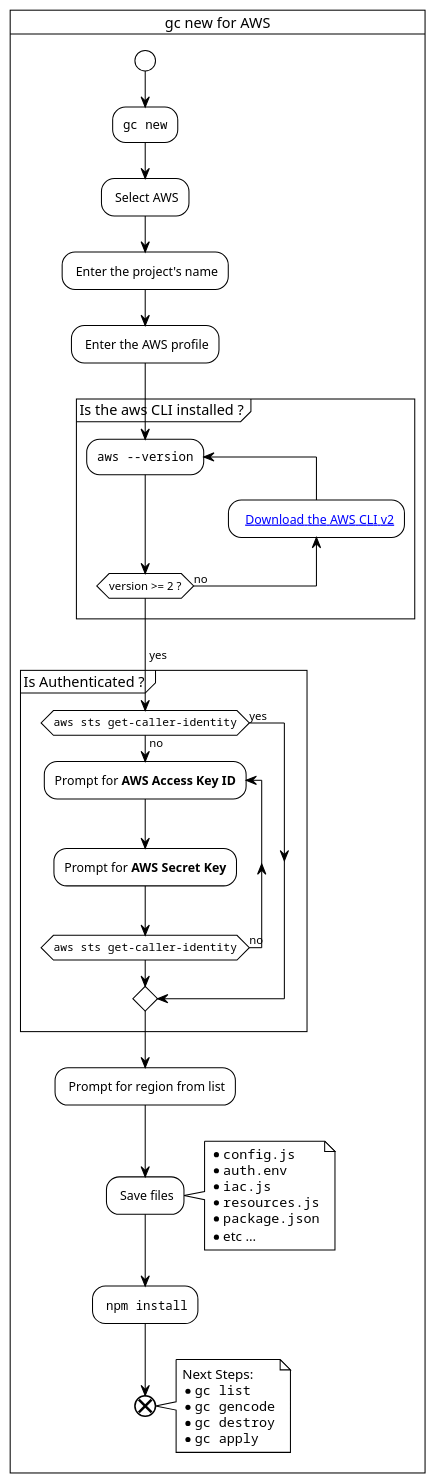
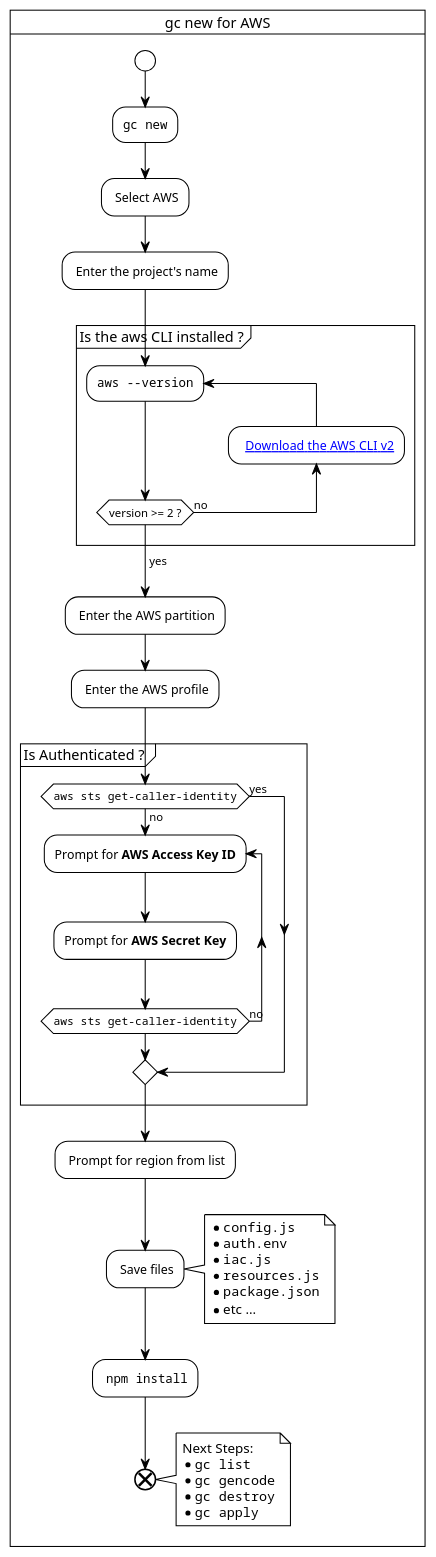
Before and after one commit to grucloud/grucloud: the diagram in docusaurus/plantuml/gc-new-aws.puml, drawn with PlantUML. The commit also changed 5 other files, not shown here.

```diff
--- a/docusaurus/plantuml/gc-new-aws.puml
+++ b/docusaurus/plantuml/gc-new-aws.puml
@@ -1,57 +1,59 @@
 @startuml gc-new-aws
 !theme plain
 
 skinparam svgLinkTarget _blank
 
 card "gc new for AWS" {
 start
 
 :""gc new"";
 : Select AWS;
 : Enter the project's name;
-: Enter the AWS profile;
 
 
 partition "Is the aws CLI installed ?" {
 repeat :""aws --version"";
 backward:  [[https://docs.aws.amazon.com/cli/latest/userguide/install-cliv2.html Download the AWS CLI v2]];
 repeat while (version >= 2 ?) is (no) 
 ->yes;
 }
+
+: Enter the AWS partition;
+: Enter the AWS profile;
 
 partition "Is Authenticated ? " {
   
   if (""aws sts get-caller-identity"") then (yes)
 else (no)
   
 repeat :Prompt for <b>AWS Access Key ID</b>;
 :Prompt for <b>AWS Secret Key</b>;
 repeat while (""aws sts get-caller-identity"") is (no) 
 endif
 
 }
 
 : Prompt for region from list;
 
 : Save files; 
 note right
 * ""config.js""
 * ""auth.env""
 * ""iac.js""
 * ""resources.js""
 * ""package.json""
 * etc ...
 end note 
 
 : ""npm install"";
 end
 
 note right
 Next Steps:
 * ""gc list""
 * ""gc gencode""
 * ""gc destroy""
 * ""gc apply""
 end note 
 }
 @enduml
```
